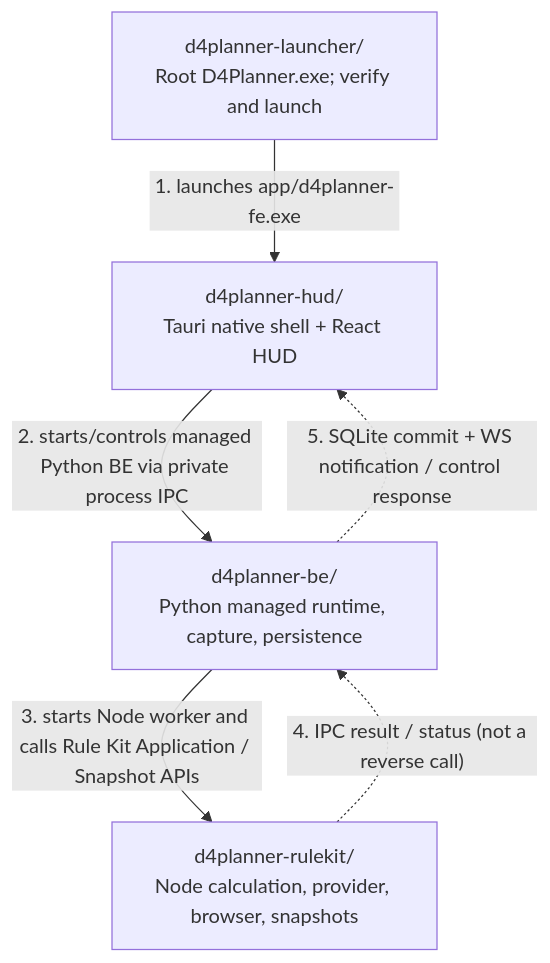
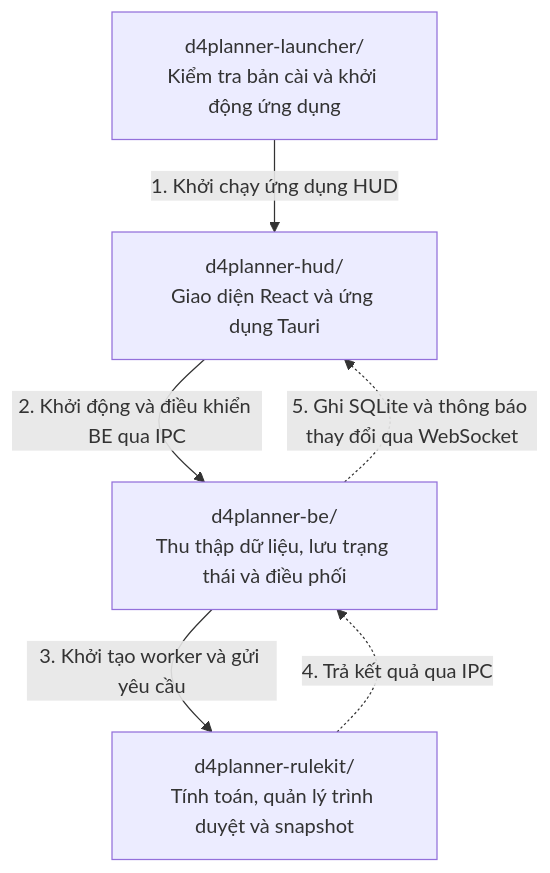
The diagram in utility/d4planner/architecture.md (Synclab-VN-dev/StreamOps), drawn with Mermaid before and after one commit. The commit also changed other lines of this file, not shown here.

Commit message:
docs(d4planner): chỉ giữ sơ đồ Mermaid tiếng Việt

````diff
--- a/utility/d4planner/architecture.md
+++ b/utility/d4planner/architecture.md
@@ -7,13 +1,13 @@
 ```mermaid
 flowchart TD
-    L["d4planner-launcher/<br/>Root D4Planner.exe; verify and launch"]
-    H["d4planner-hud/<br/>Tauri native shell + React HUD"]
-    B["d4planner-be/<br/>Python managed runtime, capture, persistence"]
-    R["d4planner-rulekit/<br/>Node calculation, provider, browser, snapshots"]
+    LAUNCHER["d4planner-launcher/<br/>Kiểm tra bản cài và khởi động ứng dụng"]
+    HUD["d4planner-hud/<br/>Giao diện React và ứng dụng Tauri"]
+    BE["d4planner-be/<br/>Thu thập dữ liệu, lưu trạng thái và điều phối"]
+    RULEKIT["d4planner-rulekit/<br/>Tính toán, quản lý trình duyệt và snapshot"]
 
-    L -->|"1. launches app/d4planner-fe.exe"| H
-    H -->|"2. starts/controls managed Python BE via private process IPC"| B
-    B -->|"3. starts Node worker and calls Rule Kit Application / Snapshot APIs"| R
-    R -.->|"4. IPC result / status (not a reverse call)"| B
-    B -.->|"5. SQLite commit + WS notification / control response"| H
+    LAUNCHER -->|"1. Khởi chạy ứng dụng HUD"| HUD
+    HUD -->|"2. Khởi động và điều khiển BE qua IPC"| BE
+    BE -->|"3. Khởi tạo worker và gửi yêu cầu"| RULEKIT
+    RULEKIT -.->|"4. Trả kết quả qua IPC"| BE
+    BE -.->|"5. Ghi SQLite và thông báo thay đổi qua WebSocket"| HUD
 ```
````
